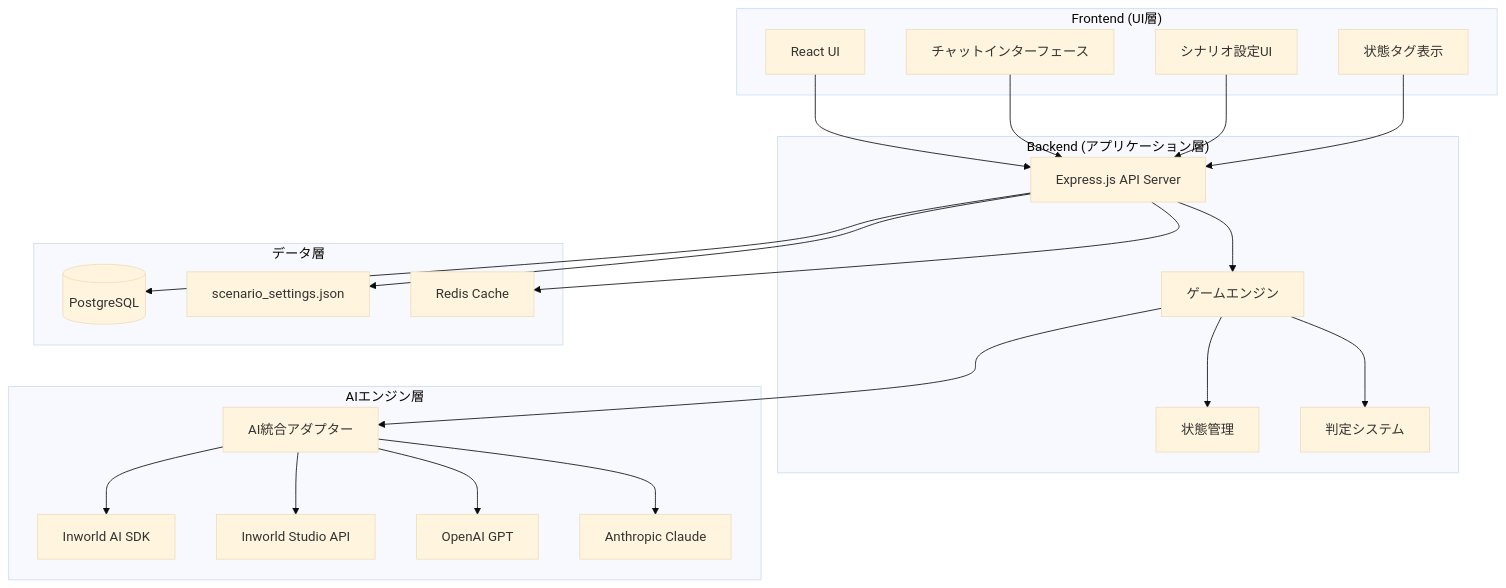
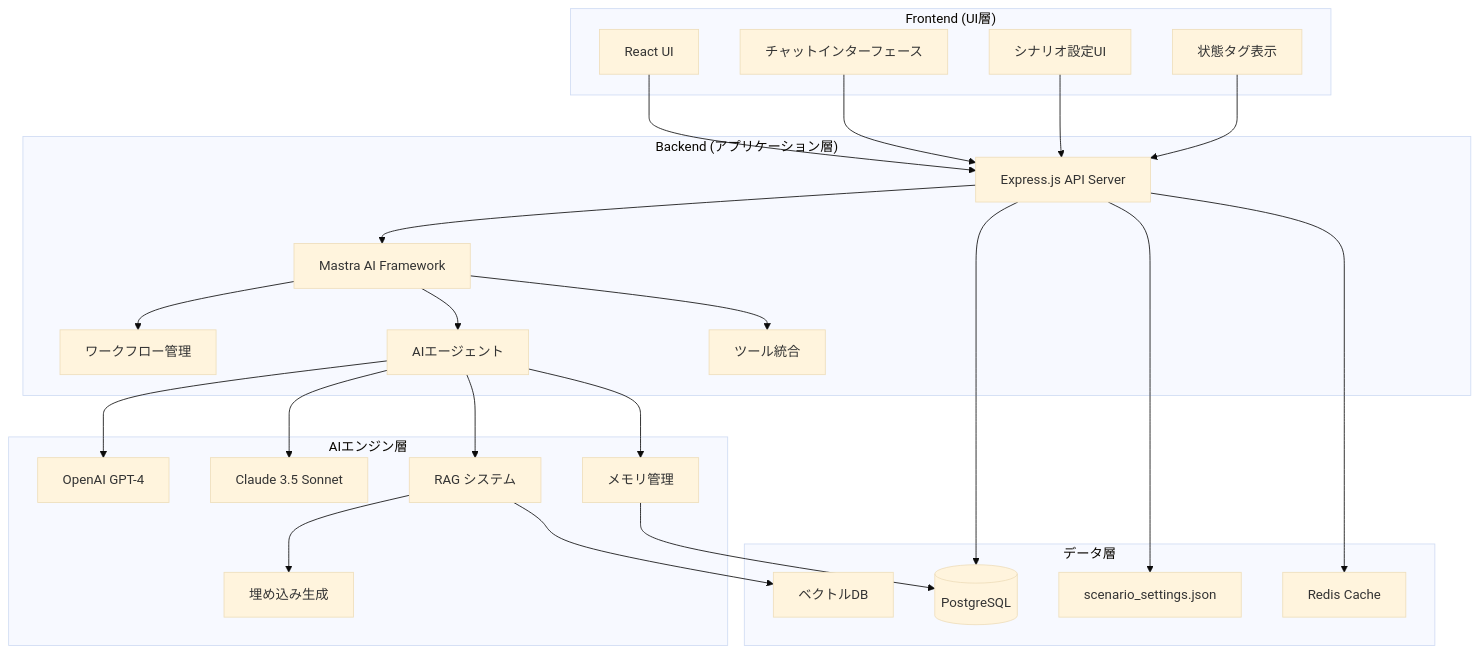
Before and after one commit to shomochisaku/ai-trpg-platform: the diagram in .kiro/specs/ai-trpg-platform/design.md, drawn with Mermaid (base theme). The commit also changed other lines of this file and 12 other files, not shown here.

````diff
--- a/.kiro/specs/ai-trpg-platform/design.md
+++ b/.kiro/specs/ai-trpg-platform/design.md
@@ -33,46 +34,51 @@
 ```mermaid
 graph TB
     subgraph "Frontend (UI層)"
         UI[React UI]
         Chat[チャットインターフェース]
         Settings[シナリオ設定UI]
         Status[状態タグ表示]
     end
     
     subgraph "Backend (アプリケーション層)"
         API[Express.js API Server]
-        GameEngine[ゲームエンジン]
-        StateManager[状態管理]
-        DiceSystem[判定システム]
+        Mastra[Mastra AI Framework]
+        Workflow[ワークフロー管理]
+        Agent[AIエージェント]
+        Tools[ツール統合]
     end
     
     subgraph "AIエンジン層"
-        Inworld[Inworld AI SDK]
-        InworldStudio[Inworld Studio API]
-        OpenAI[OpenAI GPT]
-        Claude[Anthropic Claude]
-        AIAdapter[AI統合アダプター]
+        OpenAI[OpenAI GPT-4]
+        Claude[Claude 3.5 Sonnet]
+        RAG[RAG システム]
+        Memory[メモリ管理]
+        Embeddings[埋め込み生成]
     end
     
     subgraph "データ層"
         DB[(PostgreSQL)]
+        Vector[ベクトルDB]
         FileStore[scenario_settings.json]
         Cache[Redis Cache]
     end
     
     UI --> API
     Chat --> API
     Settings --> API
     Status --> API
-    API --> GameEngine
-    GameEngine --> StateManager
-    GameEngine --> DiceSystem
-    GameEngine --> AIAdapter
-    AIAdapter --> Inworld
-    AIAdapter --> InworldStudio
-    AIAdapter --> OpenAI
-    AIAdapter --> Claude
+    API --> Mastra
+    Mastra --> Workflow
+    Mastra --> Agent
+    Mastra --> Tools
+    Agent --> OpenAI
+    Agent --> Claude
+    Agent --> RAG
+    Agent --> Memory
+    RAG --> Embeddings
+    RAG --> Vector
+    Memory --> DB
     API --> DB
     API --> FileStore
     API --> Cache
 ```
````
